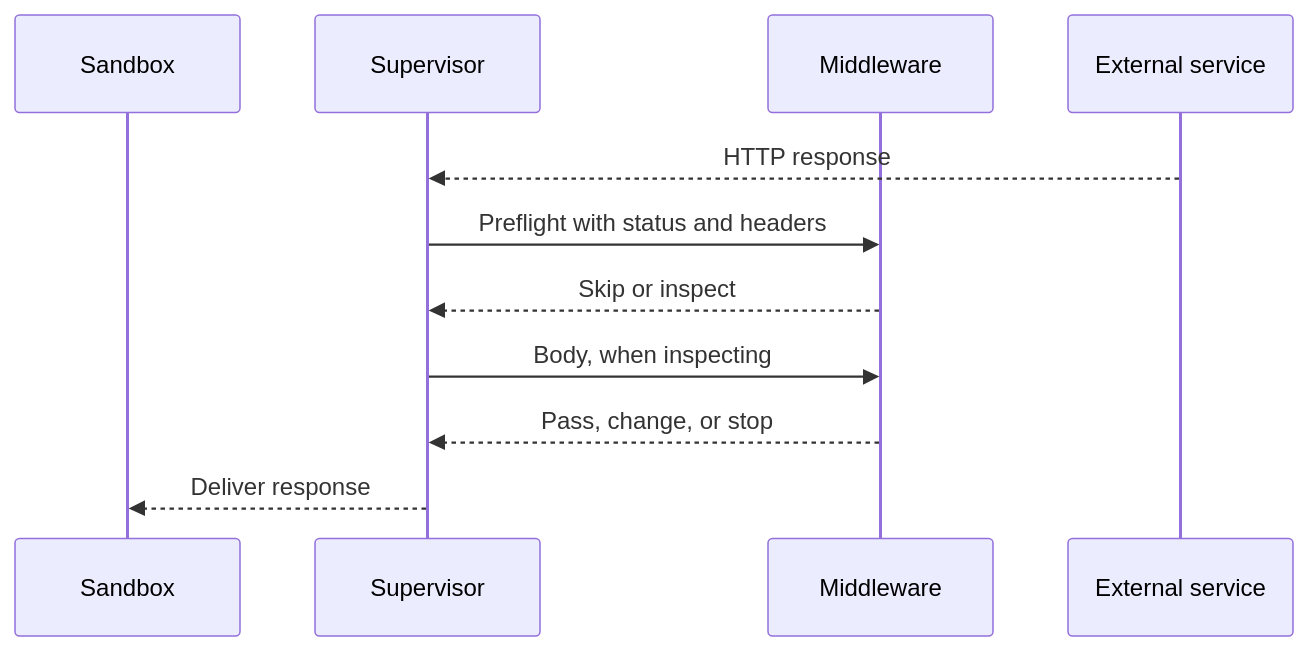
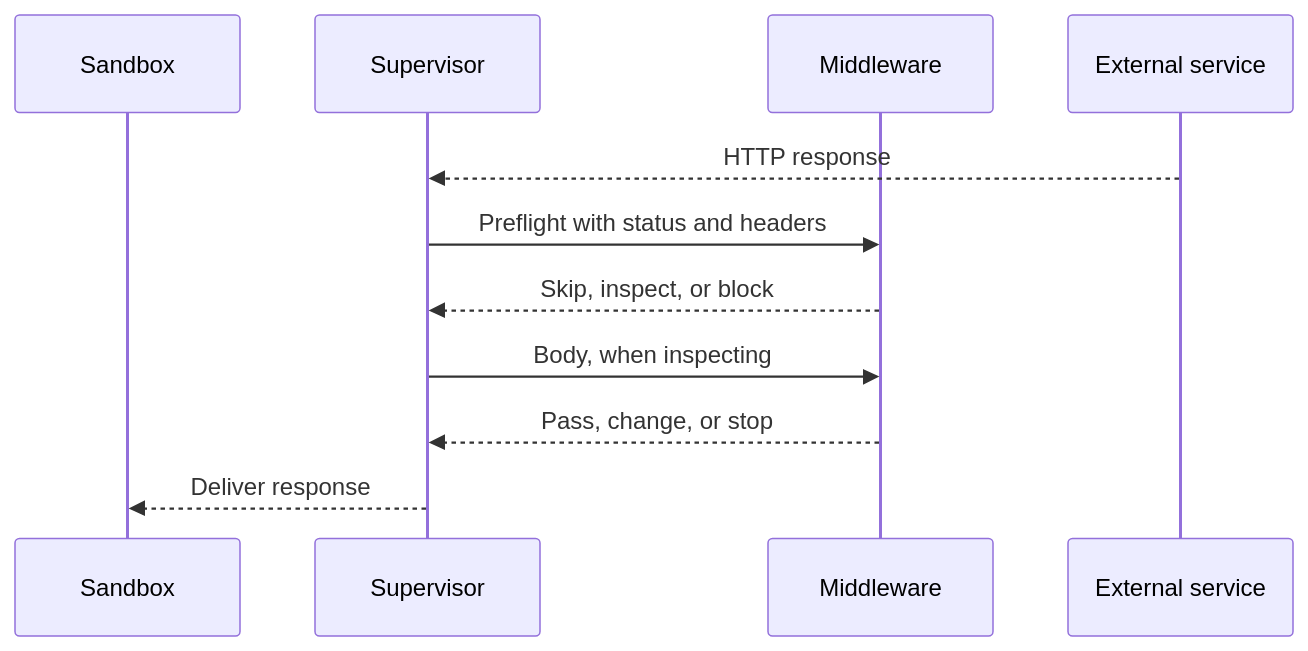
One commit to NVIDIA/OpenShell changed the second of 3 diagrams in docs/extensibility/supervisor-middleware/operations.mdx. Above: the diagram before and after it, drawn with Mermaid. The commit also changed other lines of this file and 7 other files, not shown here.

````diff
--- a/docs/extensibility/supervisor-middleware/operations.mdx
+++ b/docs/extensibility/supervisor-middleware/operations.mdx
@@ -114,14 +114,14 @@
 ```mermaid
 sequenceDiagram
   participant Sandbox
   participant Supervisor
   participant Middleware
   participant Service as External service
 
   Service-->>Supervisor: HTTP response
   Supervisor->>Middleware: Preflight with status and headers
-  Middleware-->>Supervisor: Skip or inspect
+  Middleware-->>Supervisor: Skip, inspect, or block
   Supervisor->>Middleware: Body, when inspecting
   Middleware-->>Supervisor: Pass, change, or stop
   Supervisor-->>Sandbox: Deliver response
 ```
````
